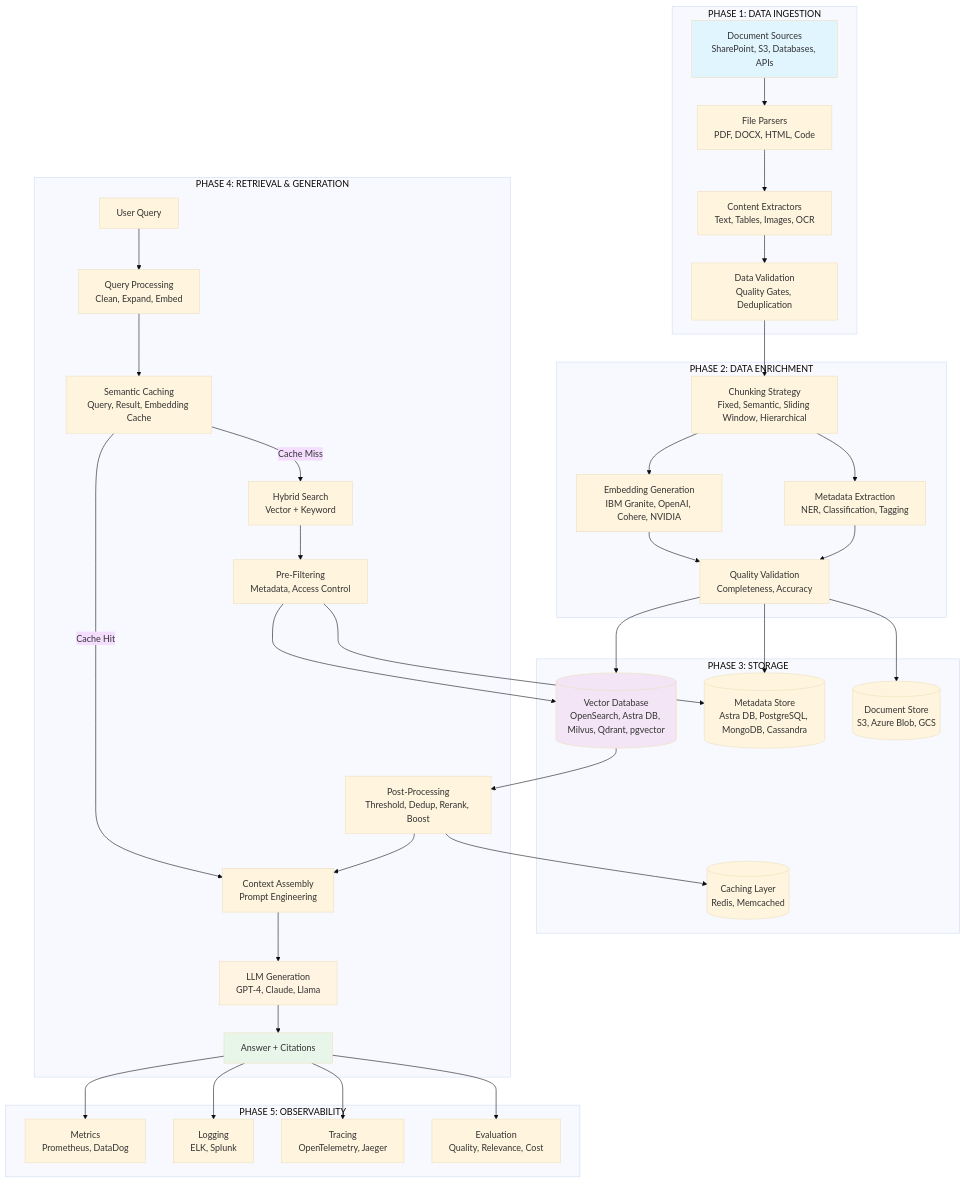
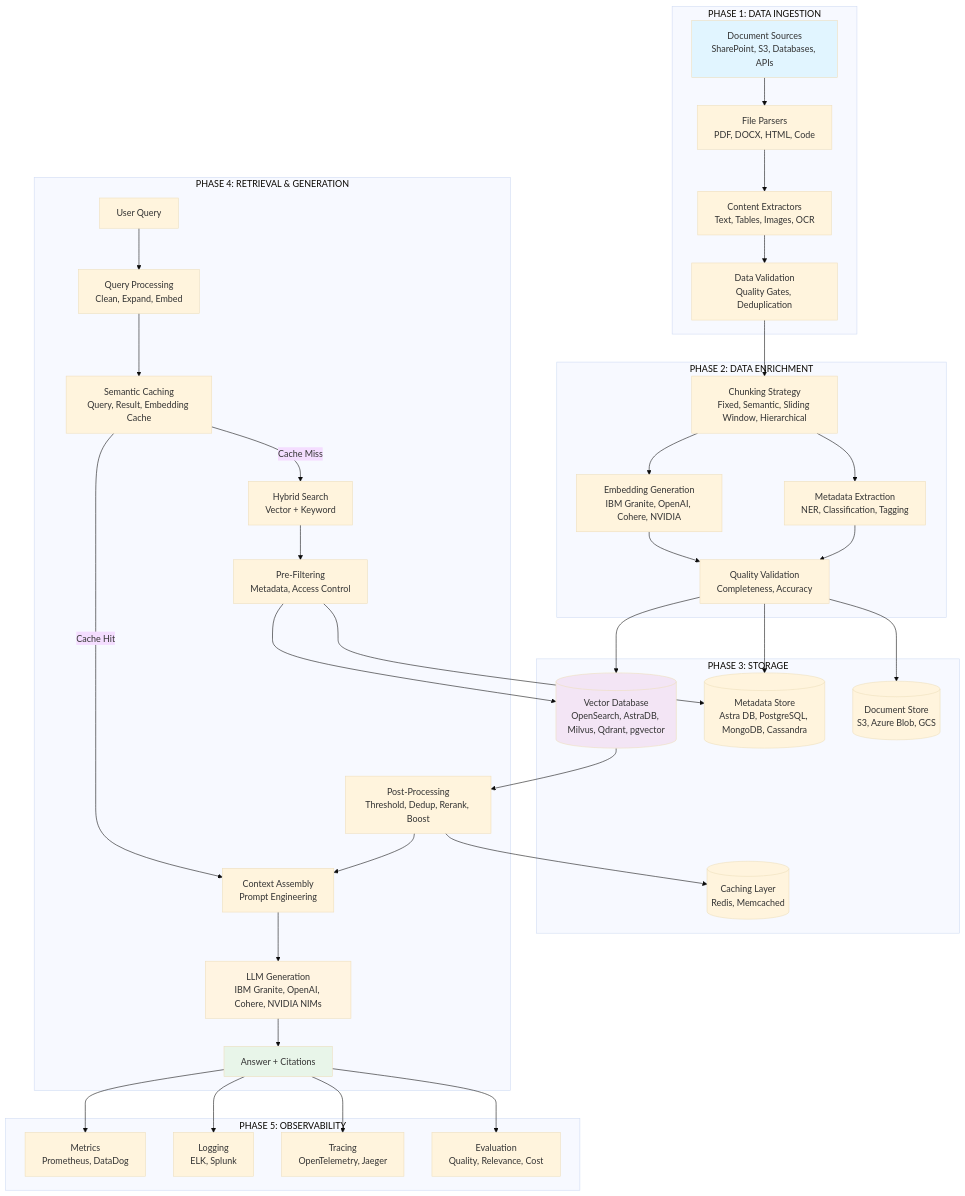
Before and after one commit to pravinbhat/pravinbhat.github.io: the first of 6 diagrams in Enterprise_RAG_Architecture_Guide.md, drawn with Mermaid (base theme). The commit also changed other lines of this file, not shown here.

````diff
--- a/Enterprise_RAG_Architecture_Guide.md
+++ b/Enterprise_RAG_Architecture_Guide.md
@@ -129,79 +129,79 @@
 ```mermaid
 graph TB
     subgraph "PHASE 1: DATA INGESTION"
         Sources[Document Sources<br/>SharePoint, S3, Databases, APIs]
         Parsers[File Parsers<br/>PDF, DOCX, HTML, Code]
         Extractors[Content Extractors<br/>Text, Tables, Images, OCR]
         Validation[Data Validation<br/>Quality Gates, Deduplication]
         
         Sources --> Parsers
         Parsers --> Extractors
         Extractors --> Validation
     end
     
     subgraph "PHASE 2: DATA ENRICHMENT"
         Chunking[Chunking Strategy<br/>Fixed, Semantic, Sliding Window, Hierarchical]
         Embedding[Embedding Generation<br/>IBM Granite, OpenAI, Cohere, NVIDIA]
         Metadata[Metadata Extraction<br/>NER, Classification, Tagging]
         QualityCheck[Quality Validation<br/>Completeness, Accuracy]
         
         Validation --> Chunking
         Chunking --> Embedding
         Chunking --> Metadata
         Embedding --> QualityCheck
         Metadata --> QualityCheck
     end
     
     subgraph "PHASE 3: STORAGE"
-        VectorDB[(Vector Database<br/>OpenSearch, Astra DB, Milvus, Qdrant, pgvector)]
+        VectorDB[(Vector Database<br/>OpenSearch, AstraDB, Milvus, Qdrant, pgvector)]
         MetadataDB[(Metadata Store<br/>Astra DB, PostgreSQL, MongoDB, Cassandra)]
         DocStore[(Document Store<br/>S3, Azure Blob, GCS)]
         Cache[(Caching Layer<br/>Redis, Memcached)]
         
         QualityCheck --> VectorDB
         QualityCheck --> MetadataDB
         QualityCheck --> DocStore
     end
     
     subgraph "PHASE 4: RETRIEVAL & GENERATION"
         Query[User Query]
         QueryProc[Query Processing<br/>Clean, Expand, Embed]
         HybridSearch[Hybrid Search<br/>Vector + Keyword]
         PreFilter[Pre-Filtering<br/>Metadata, Access Control]
         PostProc[Post-Processing<br/>Threshold, Dedup, Rerank, Boost]
         SemanticCache[Semantic Caching<br/>Query, Result, Embedding Cache]
         Context[Context Assembly<br/>Prompt Engineering]
-        LLM[LLM Generation<br/>GPT-4, Claude, Llama]
+        LLM[LLM Generation<br/>IBM Granite, OpenAI, Cohere, NVIDIA NIMs]
         Response[Answer + Citations]
         
         Query --> QueryProc
         QueryProc --> SemanticCache
         SemanticCache -->|Cache Miss| HybridSearch
         SemanticCache -->|Cache Hit| Context
         HybridSearch --> PreFilter
         PreFilter --> VectorDB
         PreFilter --> MetadataDB
         VectorDB --> PostProc
         PostProc --> Context
         Context --> LLM
         LLM --> Response
         PostProc --> Cache
     end
     
     subgraph "PHASE 5: OBSERVABILITY"
         Metrics[Metrics<br/>Prometheus, DataDog]
         Logging[Logging<br/>ELK, Splunk]
         Tracing[Tracing<br/>OpenTelemetry, Jaeger]
         Evaluation[Evaluation<br/>Quality, Relevance, Cost]
         
         Response --> Metrics
         Response --> Logging
         Response --> Tracing
         Response --> Evaluation
     end
     
     style Sources fill:#e1f5ff
     style VectorDB fill:#f3e5f5
     style LLM fill:#fff4e1
     style Response fill:#e8f5e9
 ```
````
